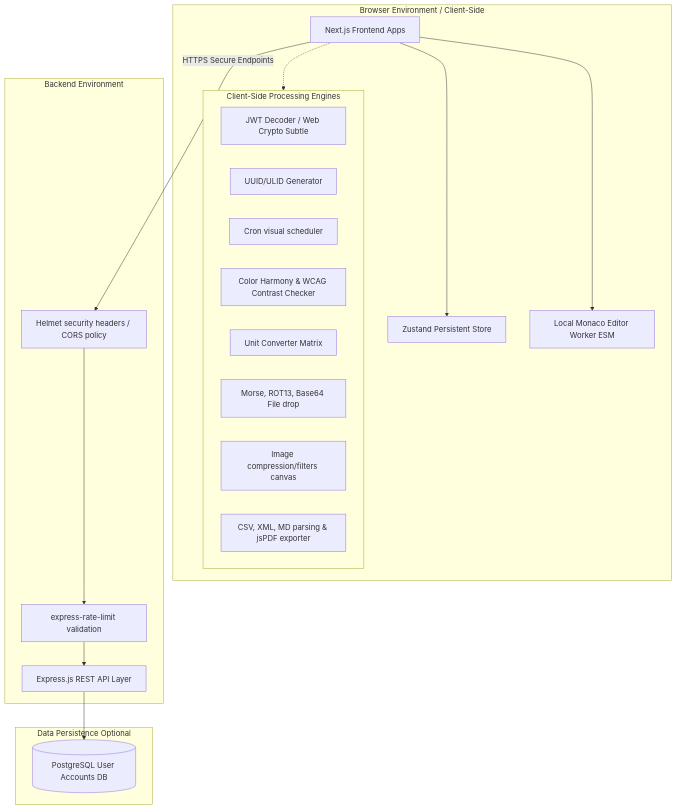
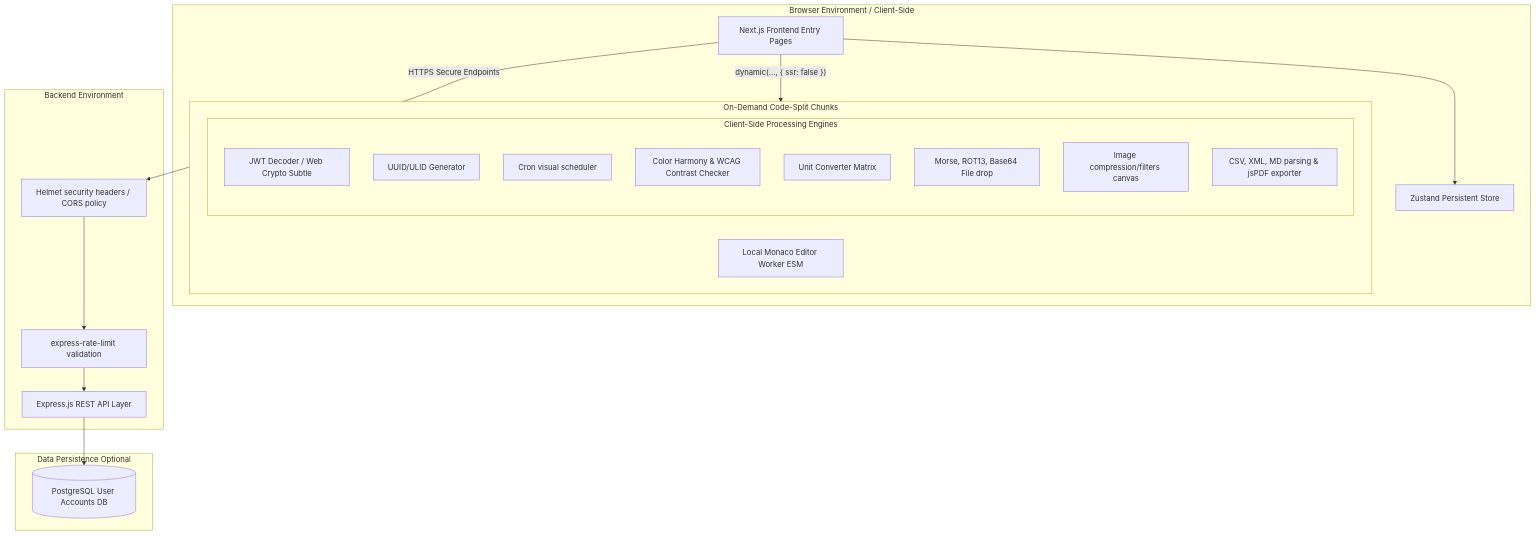
Before and after one commit to Sambit556/Dev-toolkit: the diagram in README.md, drawn with Mermaid. The commit also changed other lines of this file, not shown here.

Commit message:
docs: update README to reflect project rebranding, expanded utility suite, and architectural improvements

````diff
--- a/README.md
+++ b/README.md
@@ -54,38 +61,38 @@
 ```mermaid
 graph TD
     subgraph Client [Browser Environment / Client-Side]
-        UI[Next.js Frontend Apps]
+        UI[Next.js Frontend Entry Pages]
         Store[Zustand Persistent Store]
         
-        subgraph LocalTools [Client-Side Processing Engines]
-            JWT[JWT Decoder / Web Crypto Subtle]
-            UUID[UUID/ULID Generator]
-            Cron[Cron visual scheduler]
-            Color[Color Harmony & WCAG Contrast Checker]
-            Units[Unit Converter Matrix]
-            EncDec[Morse, ROT13, Base64 File drop]
-            Canvas[Image compression/filters canvas]
-            DocConv[CSV, XML, MD parsing & jsPDF exporter]
+        subgraph LazyChunks [On-Demand Code-Split Chunks]
+            subgraph LocalTools [Client-Side Processing Engines]
+                JWT[JWT Decoder / Web Crypto Subtle]
+                UUID[UUID/ULID Generator]
+                Cron[Cron visual scheduler]
+                Color[Color Harmony & WCAG Contrast Checker]
+                Units[Unit Converter Matrix]
+                EncDec[Morse, ROT13, Base64 File drop]
+                Canvas[Image compression/filters canvas]
+                DocConv[CSV, XML, MD parsing & jsPDF exporter]
+            end
+            Monaco[Local Monaco Editor Worker ESM]
         end
-        
-        Monaco[Local Monaco Editor Worker ESM]
     end
 
     subgraph Server [Backend Environment]
         API[Express.js REST API Layer]
         Helmet[Helmet security headers / CORS policy]
         RateLimiter[express-rate-limit validation]
     end
 
     subgraph Data [Data Persistence Optional]
         Postgres[(PostgreSQL User Accounts DB)]
     end
 
     UI --> Store
-    UI -.-> LocalTools
-    UI --> Monaco
+    UI -- "dynamic(..., { ssr: false })" --> LazyChunks
     UI -- HTTPS Secure Endpoints --> Helmet
     Helmet --> RateLimiter
     RateLimiter --> API
     API --> Postgres
 ```
````
